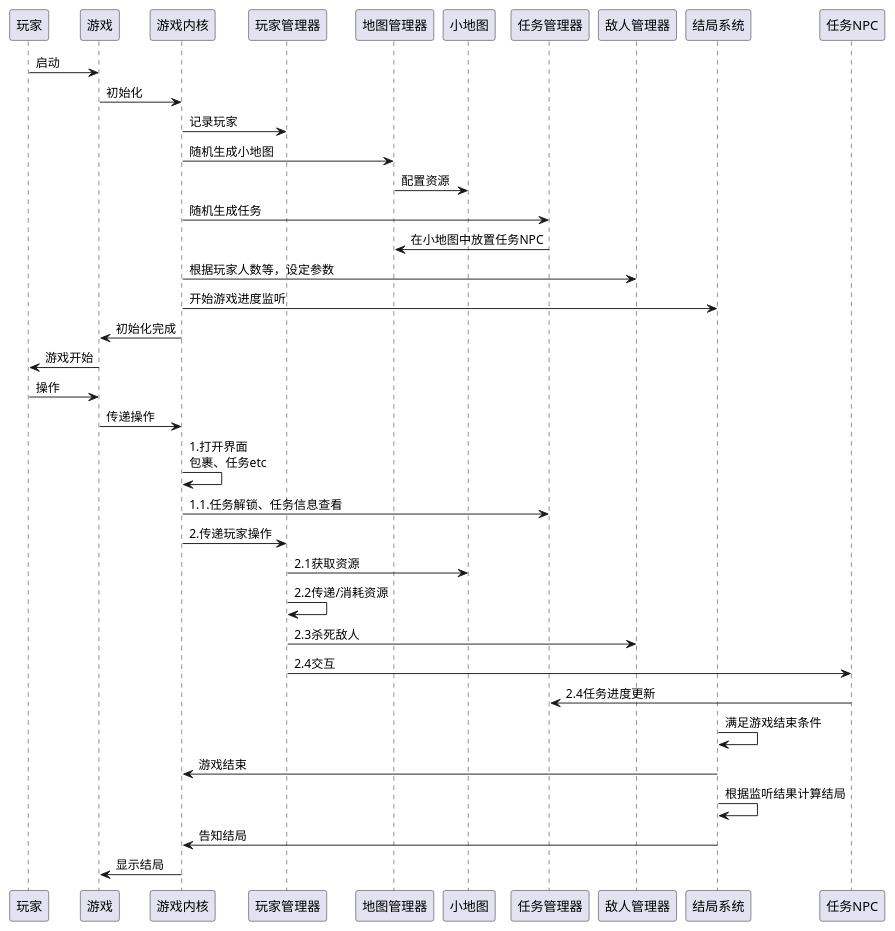
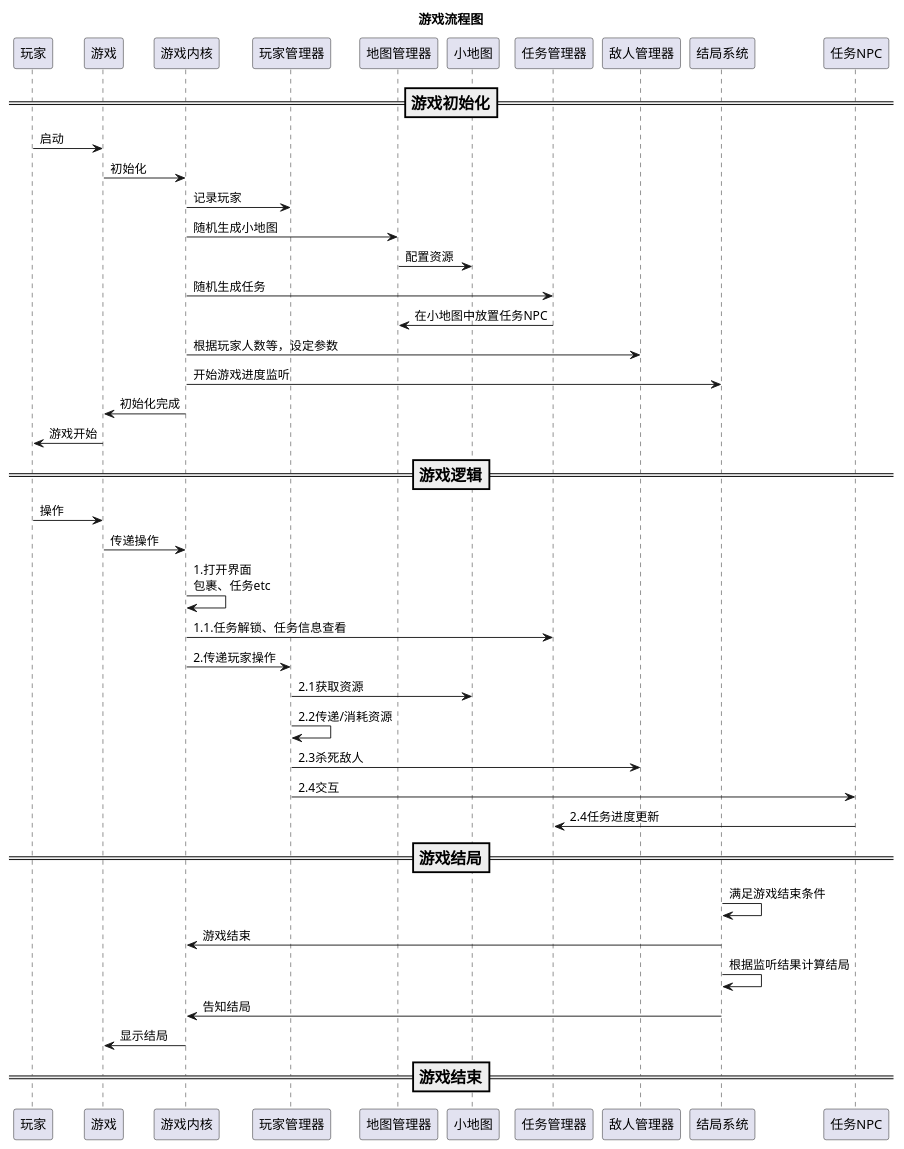
The diagram in GameConstruct.puml (zhuty18/ProtectCell), drawn with PlantUML before and after one commit. The commit also changed 1 other file, not shown here.

```diff
--- a/GameConstruct.puml
+++ b/GameConstruct.puml
@@ -1,33 +1,33 @@
 @startuml 游戏流程
-
+title 游戏流程图
+===游戏初始化==
 玩家 -> 游戏 : 启动
 游戏 -> 游戏内核 : 初始化
 游戏内核 -> 玩家管理器 : 记录玩家
 游戏内核 -> 地图管理器 : 随机生成小地图
 地图管理器 -> 小地图 : 配置资源
 游戏内核 -> 任务管理器 : 随机生成任务
 任务管理器 -> 地图管理器 : 在小地图中放置任务NPC
 游戏内核 -> 敌人管理器 : 根据玩家人数等，设定参数
 游戏内核 -> 结局系统 : 开始游戏进度监听
 游戏内核 -> 游戏 : 初始化完成
 游戏 -> 玩家 : 游戏开始
-
+===游戏逻辑==
 玩家 -> 游戏 : 操作
 游戏 -> 游戏内核 : 传递操作
 游戏内核 -> 游戏内核 : 1.打开界面\n包裹、任务etc
 游戏内核 -> 任务管理器 : 1.1.任务解锁、任务信息查看
 游戏内核 -> 玩家管理器 : 2.传递玩家操作
 玩家管理器 -> 小地图 : 2.1获取资源
 玩家管理器 -> 玩家管理器 : 2.2传递/消耗资源
 玩家管理器 -> 敌人管理器 : 2.3杀死敌人
 玩家管理器 -> 任务NPC : 2.4交互
 任务NPC -> 任务管理器 : 2.4任务进度更新
-
-
+===游戏结局==
 结局系统 -> 结局系统 : 满足游戏结束条件
 结局系统 -> 游戏内核 : 游戏结束
 结局系统 -> 结局系统 : 根据监听结果计算结局
 结局系统 -> 游戏内核 : 告知结局
 游戏内核 -> 游戏 : 显示结局
-
+===游戏结束==
 @enduml
```
